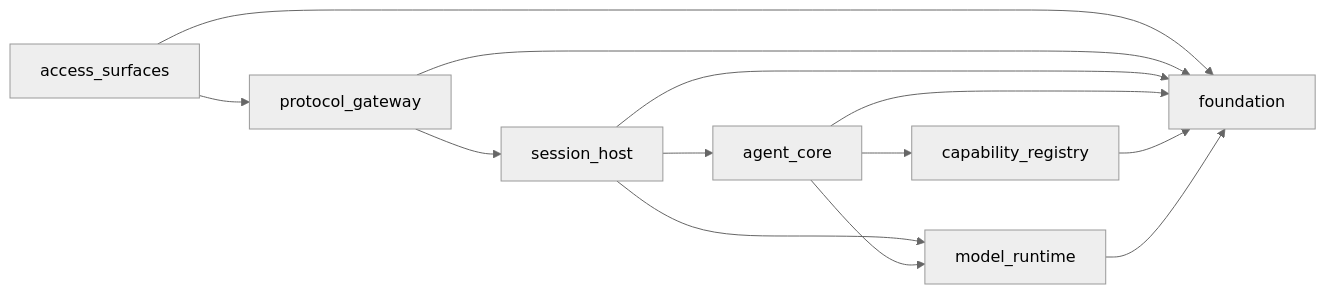
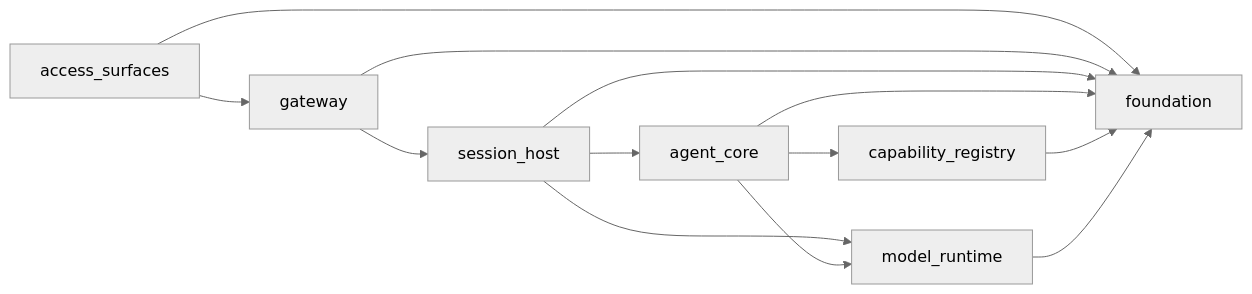
Before and after one commit to liangboqiang/beya: the diagram in docs/architecture/restructure-plan.md, drawn with Mermaid (neutral theme). The commit also changed other lines of this file and 341 other files, not shown here.

First line of the commit message:
refactor: unify contract-driven architecture

````diff
--- a/docs/architecture/restructure-plan.md
+++ b/docs/architecture/restructure-plan.md
@@ -41,15 +41,15 @@
 ```mermaid
 graph LR
-  access_surfaces --> protocol_gateway
-  protocol_gateway --> session_host
+  access_surfaces --> gateway
+  gateway --> session_host
   session_host --> agent_core
   session_host --> model_runtime
   agent_core --> capability_registry
   agent_core --> model_runtime
   access_surfaces --> foundation
-  protocol_gateway --> foundation
+  gateway --> foundation
   session_host --> foundation
   agent_core --> foundation
   capability_registry --> foundation
   model_runtime --> foundation
 ```
````
